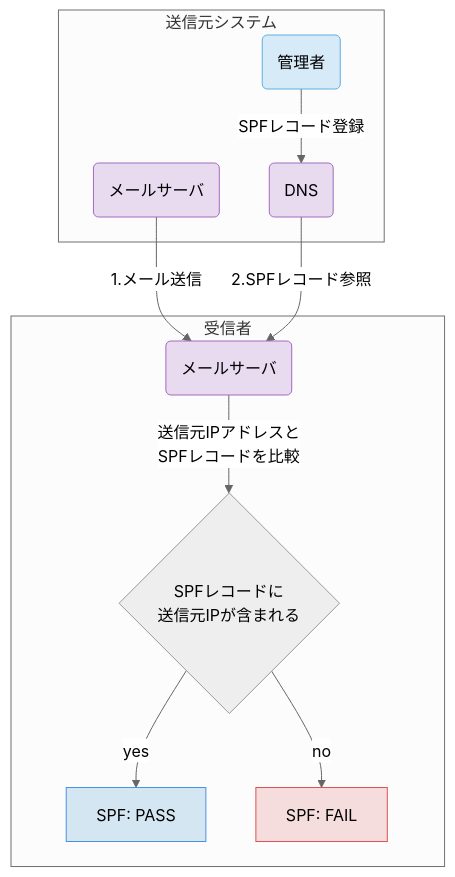
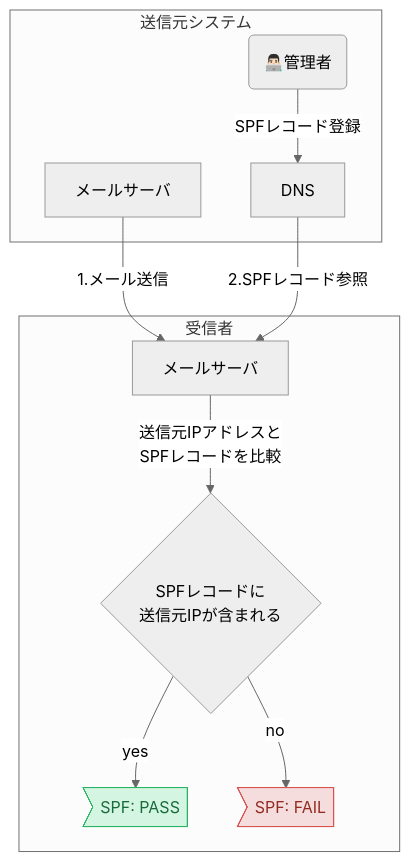
Before and after one commit to future-architect/arch-guidelines: the first of 7 diagrams in documents/forMail/mail_guidelines.md, drawn with Mermaid (neutral theme). The commit also changed other lines of this file, not shown here.

````diff
--- a/documents/forMail/mail_guidelines.md
+++ b/documents/forMail/mail_guidelines.md
@@ -70,22 +70,21 @@
 ```mermaid
 graph TB
-    classDef actor fill:#D6EAF8,stroke:#5DADE2;
-    classDef server fill:#E8DAEF,stroke:#A569BD;
-    classDef ok fill:#D4E6F1,stroke:#4A90E2;
-    classDef ng fill:#F5DDDD,stroke:#D9534F;
+    classDef ok fill:#D5F5E3,stroke:#28B463,color:#186A3B;
+    classDef ng fill:#F5DDDD,stroke:#D9534F,color:#922B21;
+
     senderServer -->|1.メール送信| receiverServer
     senderDNS -->|2.SPFレコード参照| receiverServer
 
     subgraph "受信者"
-        receiverServer(メールサーバ):::server
+        receiverServer[メールサーバ]:::server
         receiverServer -->|送信元IPアドレスと<br>SPFレコードを比較| spfResult{SPFレコードに<br>送信元IPが含まれる}
-        spfResult -->|yes| spfPass[SPF: PASS]:::ok
-        spfResult -->|no| spfFail[SPF: FAIL]:::ng
+        spfResult -->|yes| spfPass>SPF: PASS]:::ok
+        spfResult -->|no| spfFail>SPF: FAIL]:::ng
     end
     subgraph "送信元システム"
-        admin(管理者):::actor
-        senderServer(メールサーバ):::server
-        senderDNS(DNS):::server
+        admin("👨🏻‍💻管理者"):::actor
+        senderServer[メールサーバ]:::server
+        senderDNS[DNS]:::server
         admin -->|SPFレコード登録| senderDNS
     end
 ```
````
